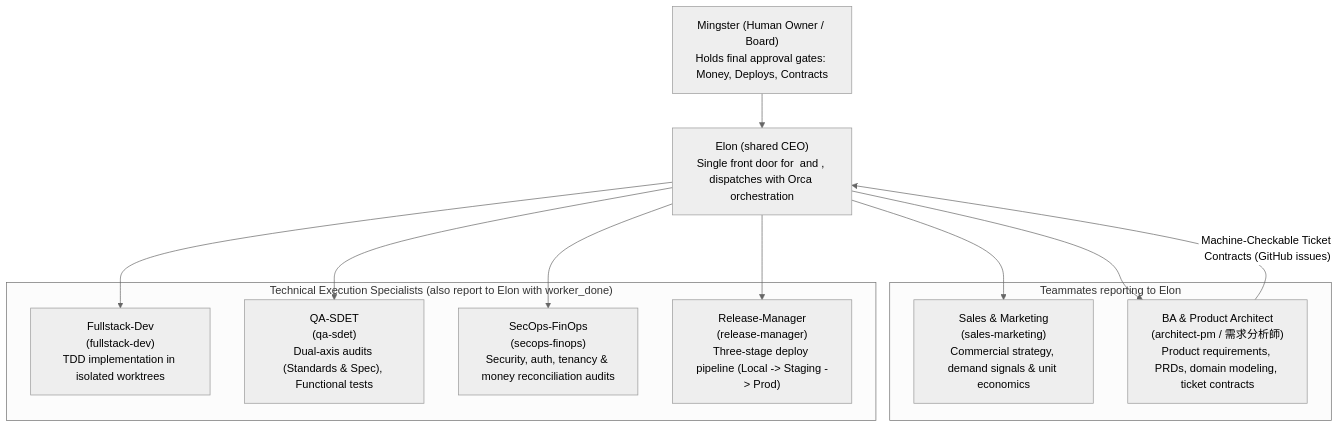
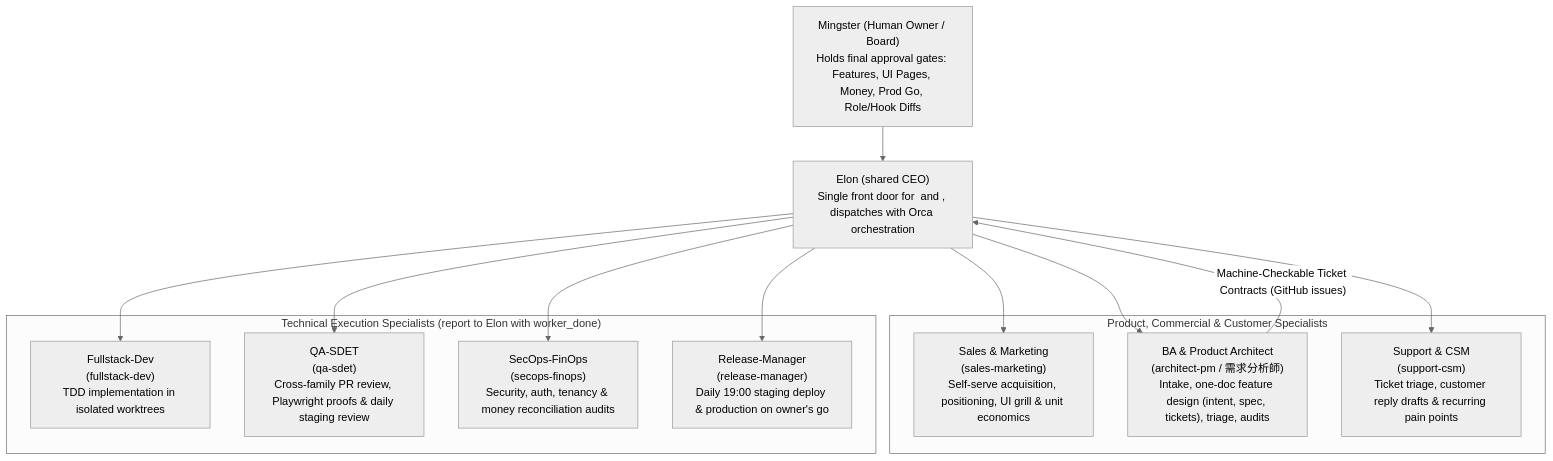
Before and after one commit to mingster/dotfiles: the first of 3 diagrams in docs/agents/agent-team-architecture.md, drawn with Mermaid (neutral theme). The commit also changed other lines of this file and 15 other files, not shown here.

````diff
--- a/docs/agents/agent-team-architecture.md
+++ b/docs/agents/agent-team-architecture.md
@@ -9,27 +9,29 @@
 ```mermaid
 flowchart TD
-    Board["Mingster (Human Owner / Board)\nHolds final approval gates: Money, Deploys, Contracts"]
+    Board["Mingster (Human Owner / Board)\nHolds final approval gates: Features, UI Pages, Money, Prod Go, Role/Hook Diffs"]
     CEO["Elon (shared CEO)\nSingle front door for <project-a> and <project-b>, dispatches with Orca orchestration"]
-    
-    subgraph Direct_Reports["Teammates reporting to Elon"]
-        Sales["Sales & Marketing\n(sales-marketing)\nCommercial strategy, demand signals & unit economics"]
-        BA["BA & Product Architect\n(architect-pm / 需求分析師)\nProduct requirements, PRDs, domain modeling, ticket contracts"]
+
+    subgraph Direct_Reports["Product, Commercial & Customer Specialists"]
+        Sales["Sales & Marketing\n(sales-marketing)\nSelf-serve acquisition, positioning, UI grill & unit economics"]
+        BA["BA & Product Architect\n(architect-pm / 需求分析師)\nIntake, one-doc feature design (intent, spec, tickets), triage, audits"]
+        Support["Support & CSM\n(support-csm)\nTicket triage, customer reply drafts & recurring pain points"]
     end
-    
-    subgraph Tech_Specialists["Technical Execution Specialists (also report to Elon with worker_done)"]
+
+    subgraph Tech_Specialists["Technical Execution Specialists (report to Elon with worker_done)"]
         Dev["Fullstack-Dev\n(fullstack-dev)\nTDD implementation in isolated worktrees"]
-        QA["QA-SDET\n(qa-sdet)\nDual-axis audits (Standards & Spec), Functional tests"]
+        QA["QA-SDET\n(qa-sdet)\nCross-family PR review, Playwright proofs & daily staging review"]
         SecOps["SecOps-FinOps\n(secops-finops)\nSecurity, auth, tenancy & money reconciliation audits"]
-        RM["Release-Manager\n(release-manager)\nThree-stage deploy pipeline (Local -> Staging -> Prod)"]
+        RM["Release-Manager\n(release-manager)\nDaily 19:00 staging deploy & production on owner's go"]
     end
 
     Board --> CEO
     CEO --> Sales
     CEO --> BA
-    
+    CEO --> Support
+
     BA -- "Machine-Checkable Ticket Contracts (GitHub issues)" --> CEO
     CEO --> Dev
     CEO --> QA
     CEO --> SecOps
     CEO --> RM
 ```
````
